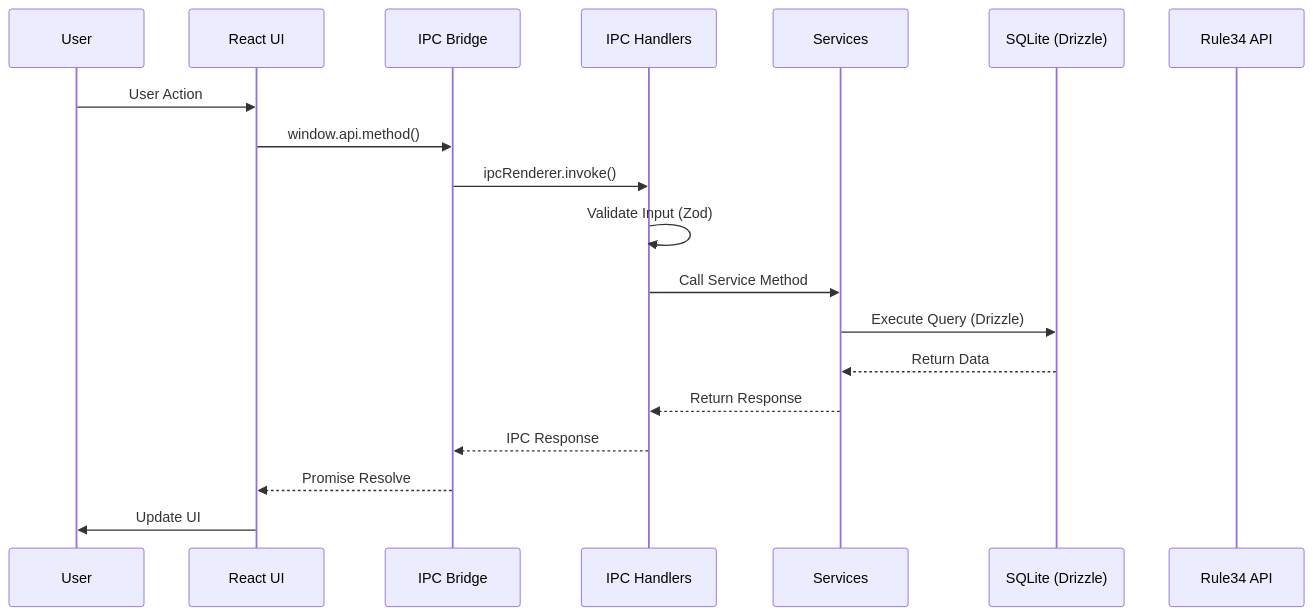
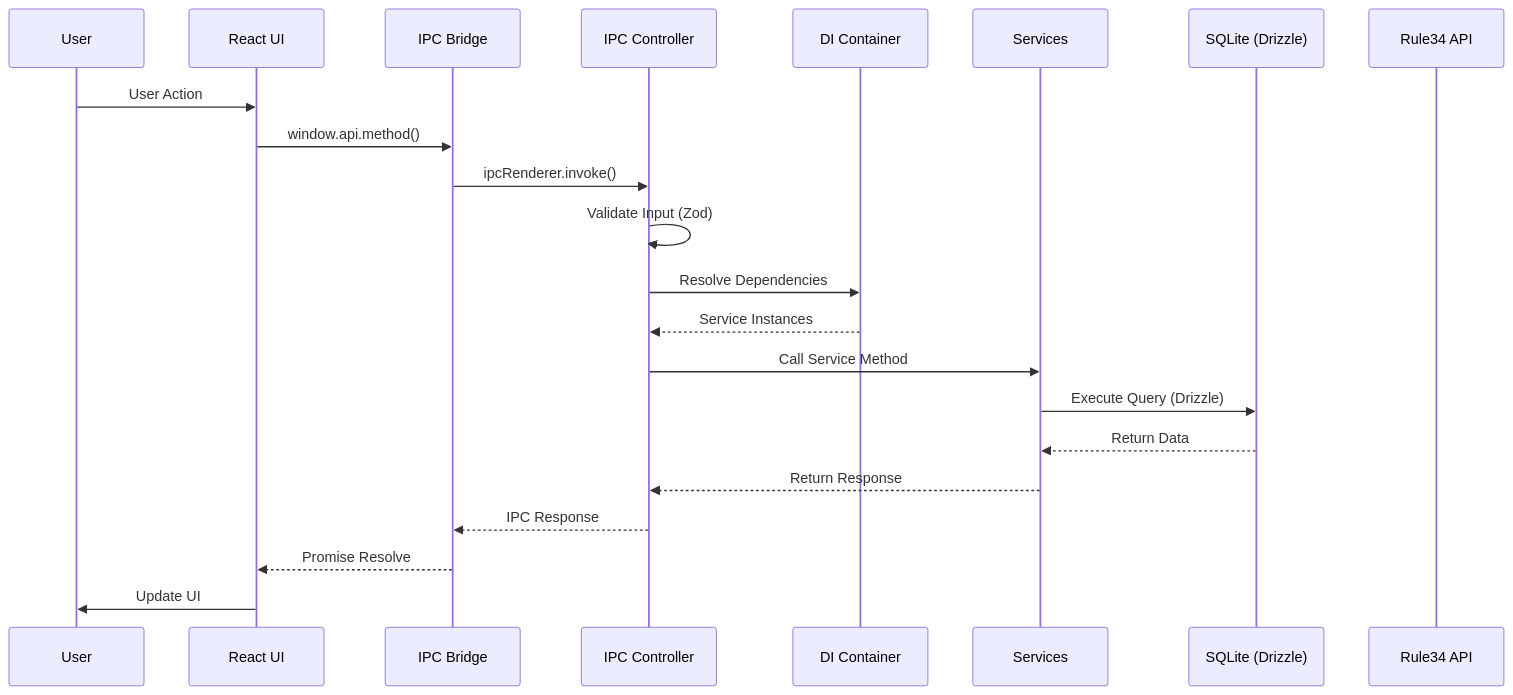
Before and after one commit to KazeKaze93/RuleDesk: the third of 11 diagrams in docs/architecture.md, drawn with Mermaid. The commit also changed other lines of this file and 3 other files, not shown here.

First line of the commit message:
chore: refactor IPC architecture to use controllers and enhance documentation

````diff
--- a/docs/architecture.md
+++ b/docs/architecture.md
@@ -117,22 +117,25 @@
 ```mermaid
 sequenceDiagram
     participant User
     participant ReactUI as React UI
     participant Bridge as IPC Bridge
-    participant IPC as IPC Handlers
+    participant Controller as IPC Controller
+    participant DI as DI Container
     participant Service as Services
     participant DB as SQLite (Drizzle)
     participant API as Rule34 API
 
     User->>ReactUI: User Action
     ReactUI->>Bridge: window.api.method()
-    Bridge->>IPC: ipcRenderer.invoke()
-    IPC->>IPC: Validate Input (Zod)
-    IPC->>Service: Call Service Method
+    Bridge->>Controller: ipcRenderer.invoke()
+    Controller->>Controller: Validate Input (Zod)
+    Controller->>DI: Resolve Dependencies
+    DI-->>Controller: Service Instances
+    Controller->>Service: Call Service Method
     Service->>DB: Execute Query (Drizzle)
     DB-->>Service: Return Data
-    Service-->>IPC: Return Response
-    IPC-->>Bridge: IPC Response
+    Service-->>Controller: Return Response
+    Controller-->>Bridge: IPC Response
     Bridge-->>ReactUI: Promise Resolve
     ReactUI->>User: Update UI
 ```
````
